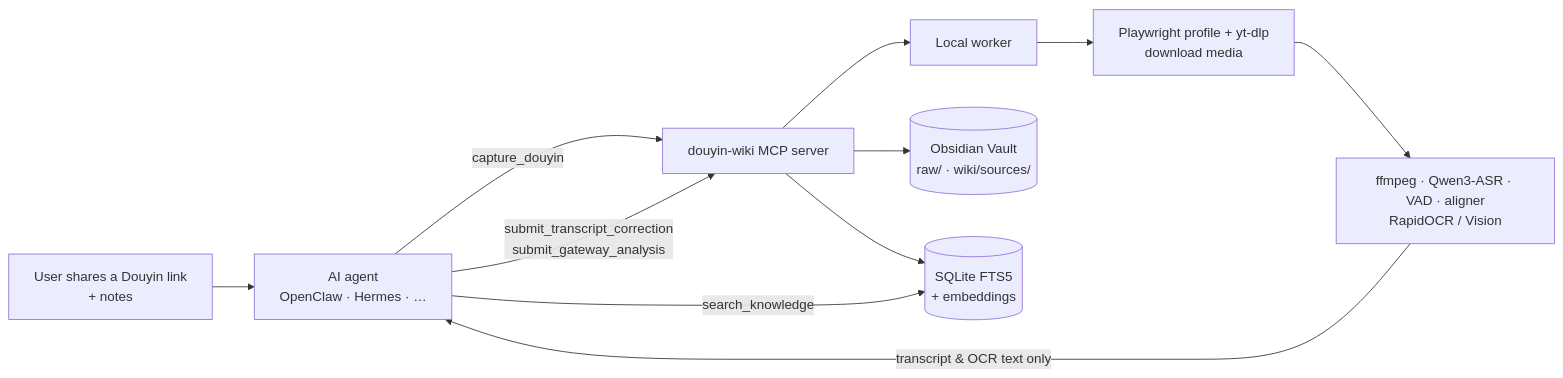
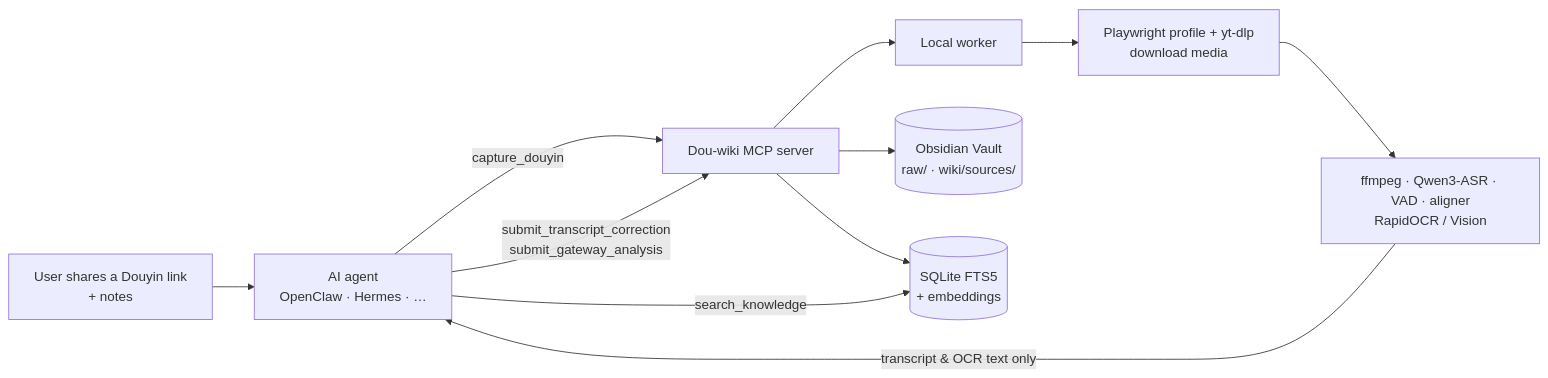
The diagram in README.md (WYgao29/Dou-wiki), drawn with Mermaid before and after one commit. The commit also changed other lines of this file and 4 other files, not shown here.

Commit message:
docs: rename project to Dou-wiki

````diff
--- a/README.md
+++ b/README.md
@@ -46,13 +52,13 @@
 ```mermaid
 flowchart LR
   U[User shares a Douyin link<br/>+ notes] --> A[AI agent<br/>OpenClaw · Hermes · …]
-  A -- capture_douyin --> M[douyin-wiki MCP server]
+  A -- capture_douyin --> M[Dou-wiki MCP server]
   M --> W[Local worker]
   W --> D[Playwright profile + yt-dlp<br/>download media]
   D --> T[ffmpeg · Qwen3-ASR · VAD · aligner<br/>RapidOCR / Vision]
   T -- transcript & OCR text only --> A
   A -- submit_transcript_correction<br/>submit_gateway_analysis --> M
   M --> V[(Obsidian Vault<br/>raw/ · wiki/sources/)]
   M --> S[(SQLite FTS5<br/>+ embeddings)]
   A -- search_knowledge --> S
 ```
````
